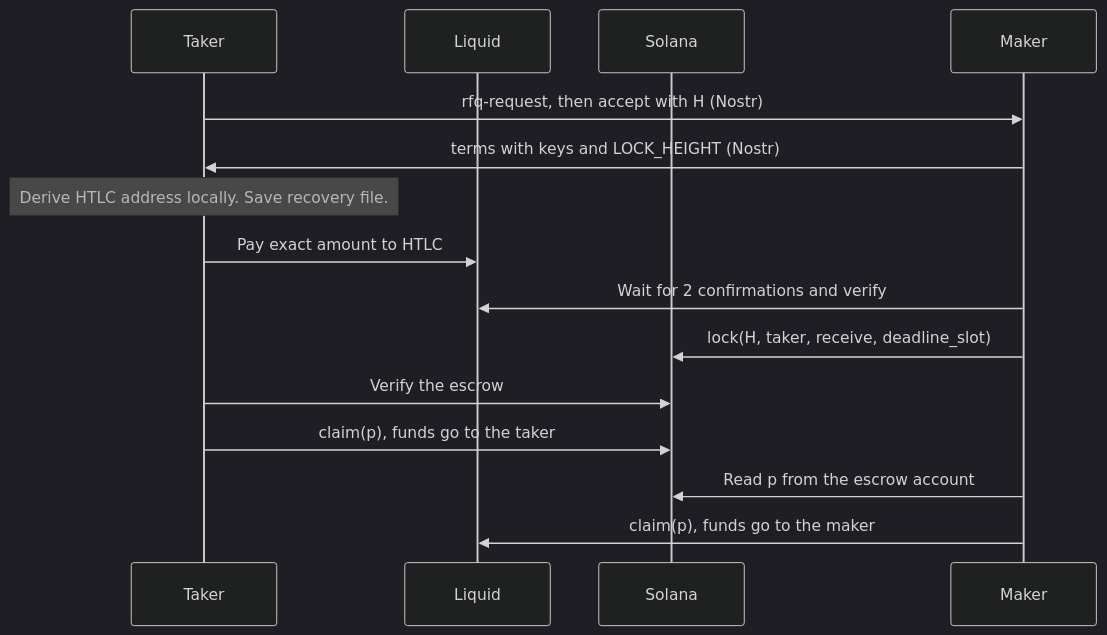
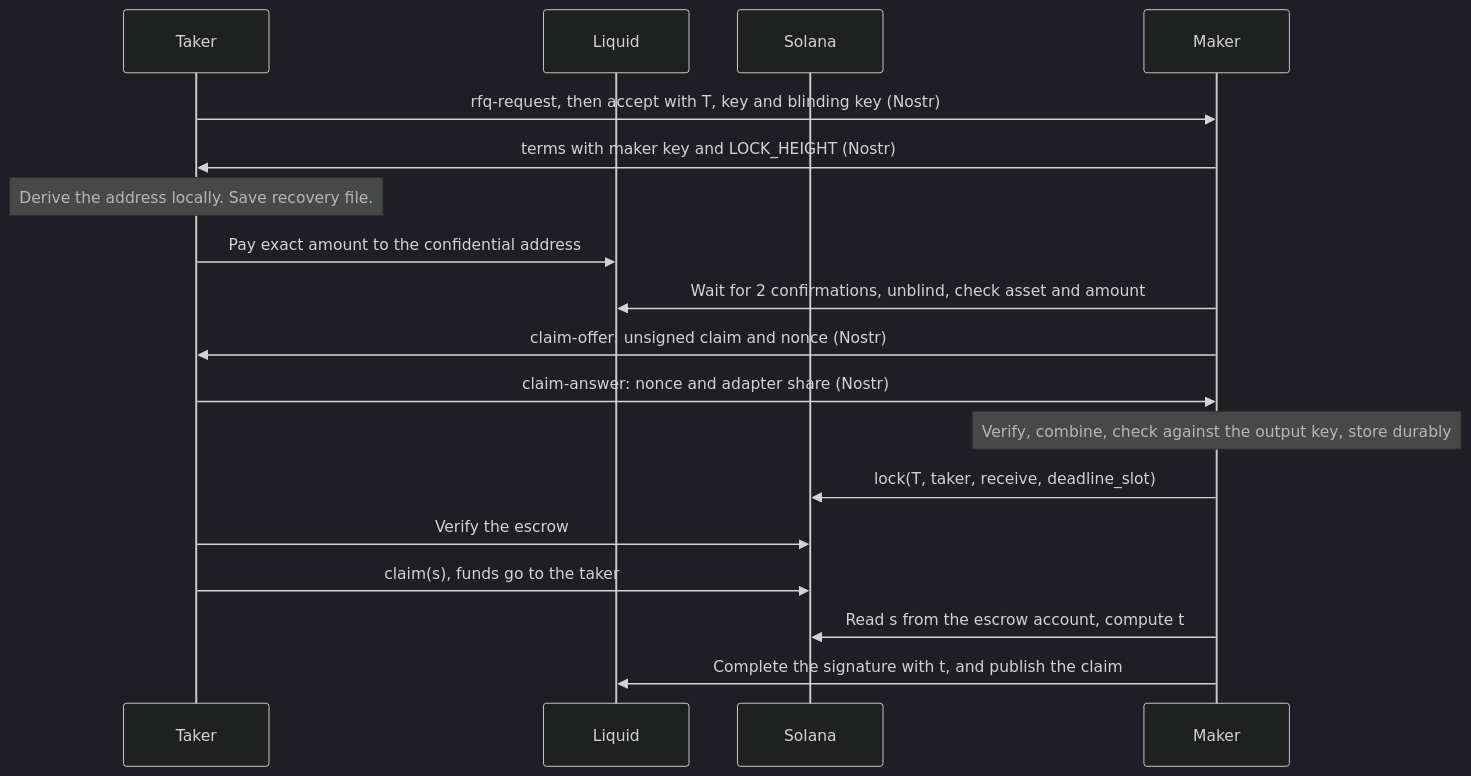
Before and after one commit to SwapMarket/liq2sol: the first of 2 diagrams in docs/protocol.md, drawn with Mermaid (dark theme). The commit also changed other lines of this file and 19 other files, not shown here.

First line of the commit message:
Move the daemon, RFQ and CLI to confidential swaps

````diff
--- a/docs/protocol.md
+++ b/docs/protocol.md
@@ -88,17 +90,20 @@
 ```mermaid
 sequenceDiagram
     participant T as Taker
     participant L as Liquid
     participant S as Solana
     participant M as Maker
-    T->>M: rfq-request, then accept with H (Nostr)
-    M->>T: terms with keys and LOCK_HEIGHT (Nostr)
-    Note over T: Derive HTLC address locally. Save recovery file.
-    T->>L: Pay exact amount to HTLC
-    M->>L: Wait for 2 confirmations and verify
-    M->>S: lock(H, taker, receive, deadline_slot)
+    T->>M: rfq-request, then accept with T, key and blinding key (Nostr)
+    M->>T: terms with maker key and LOCK_HEIGHT (Nostr)
+    Note over T: Derive the address locally. Save recovery file.
+    T->>L: Pay exact amount to the confidential address
+    M->>L: Wait for 2 confirmations, unblind, check asset and amount
+    M->>T: claim-offer: unsigned claim and nonce (Nostr)
+    T->>M: claim-answer: nonce and adapter share (Nostr)
+    Note over M: Verify, combine, check against the output key, store durably
+    M->>S: lock(T, taker, receive, deadline_slot)
     T->>S: Verify the escrow
-    T->>S: claim(p), funds go to the taker
-    M->>S: Read p from the escrow account
-    M->>L: claim(p), funds go to the maker
+    T->>S: claim(s), funds go to the taker
+    M->>S: Read s from the escrow account, compute t
+    M->>L: Complete the signature with t, and publish the claim
 ```
````
